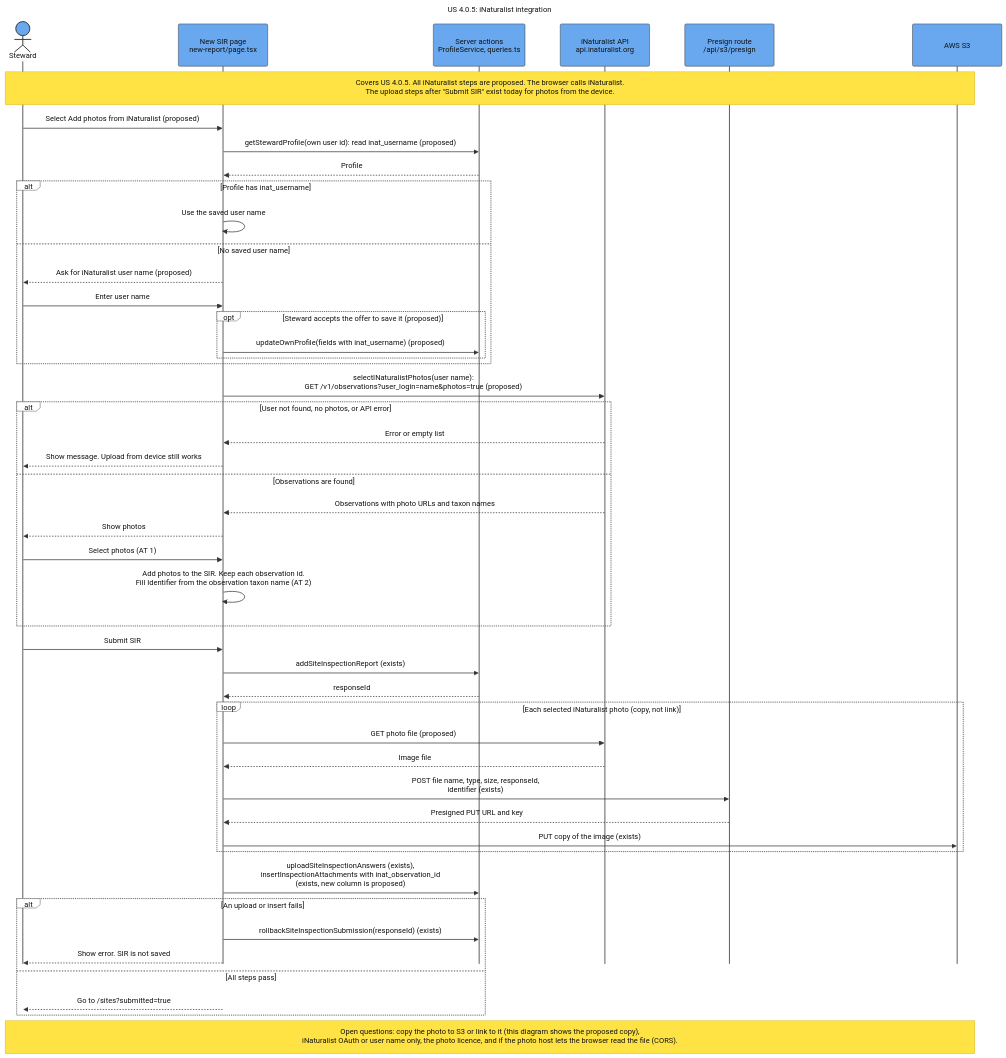
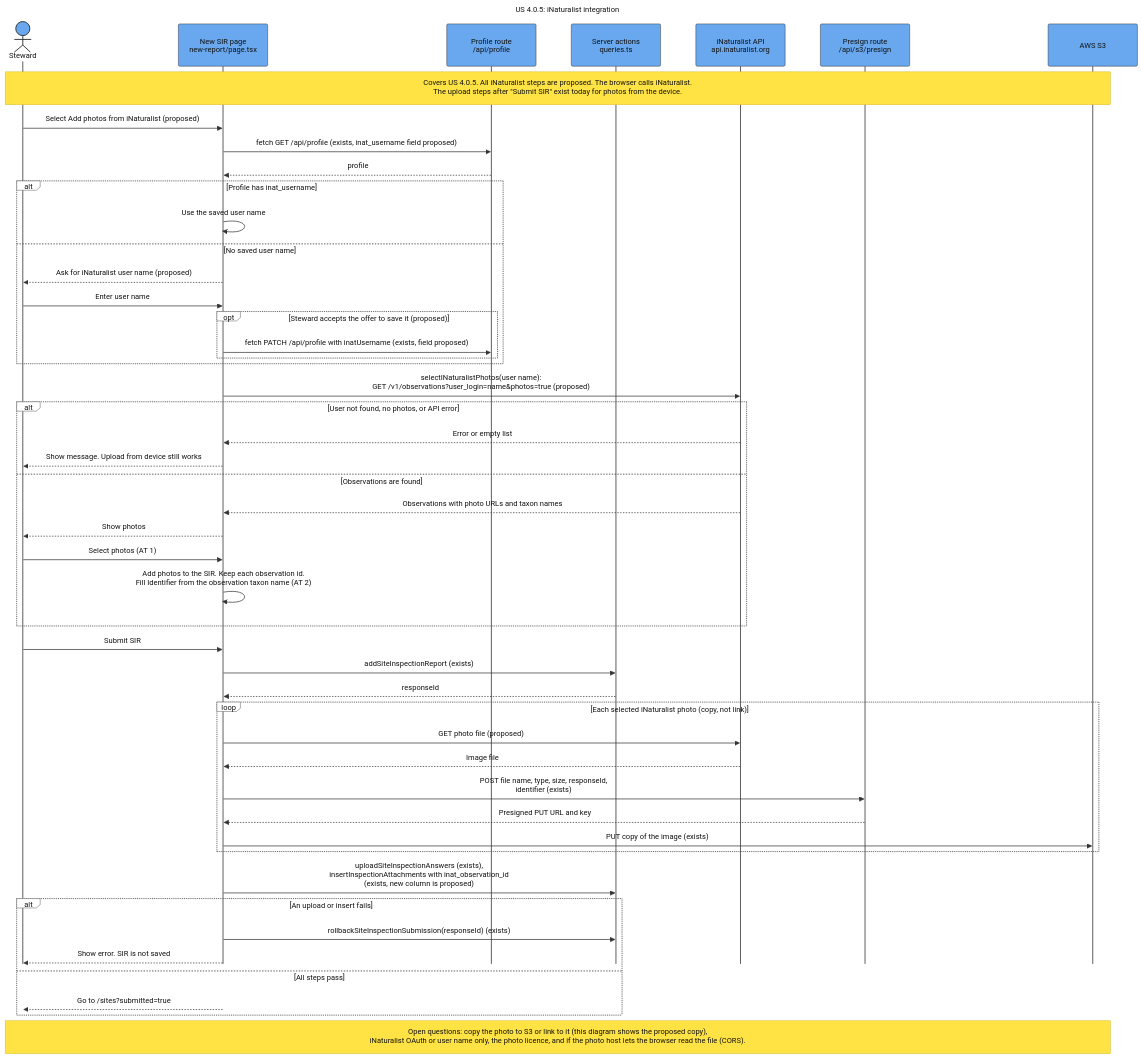
Before and after one commit to SAPAA-Dev/W26Project-SAPAA-Dev-Team: the diagram in docs/assets/Sequence_US_4_0_5_iNaturalist_Photo_Import.mmd, drawn with Mermaid. The commit also changed 63 other files, not shown here.

First line of the commit message:
(feat): add diagram generator that updates diagrams on every PR (#157)

```diff
--- a/docs/assets/Sequence_US_4_0_5_iNaturalist_Photo_Import.mmd
+++ b/docs/assets/Sequence_US_4_0_5_iNaturalist_Photo_Import.mmd
@@ -1,94 +1,95 @@
 ---
 title: "US 4.0.5: iNaturalist integration"
 config:
   theme: base
   sequence:
     actorMargin: 75
     boxMargin: 12
     diagramMarginX: 45
     diagramMarginY: 30
     messageMargin: 40
     noteMargin: 16
     mirrorActors: false
     width: 190
     height: 90
   themeVariables:
     background: "#ffffff"
     primaryColor: "#69a8ef"
     primaryBorderColor: "#333333"
     primaryTextColor: "#111111"
     actorBkg: "#69a8ef"
     actorBorder: "#333333"
     actorTextColor: "#111111"
     actorLineColor: "#555555"
     signalColor: "#333333"
     signalTextColor: "#111111"
     activationBkgColor: "#cdd3db"
     activationBorderColor: "#cdd3db"
     noteBkgColor: "#ffe344"
     noteBorderColor: "#d4ba24"
     noteTextColor: "#111111"
     labelBoxBkgColor: "#ffffff"
     labelBoxBorderColor: "#555555"
     labelTextColor: "#111111"
     loopTextColor: "#111111"
     altBackground: "#ffffff"
   themeCSS: |
     .actor-line {
       stroke-dasharray: 10 10 !important;
       stroke-width: 1.25px !important;
     }
 ---
 sequenceDiagram
     autonumber off
     actor Steward
     participant Form as New SIR page<br/>new-report/page.tsx
-    participant Actions as Server actions<br/>ProfileService, queries.ts
+    participant Profile as Profile route<br/>/api/profile
+    participant Actions as Server actions<br/>queries.ts
     participant INat as iNaturalist API<br/>api.inaturalist.org
     participant Presign as Presign route<br/>/api/s3/presign
     participant S3 as AWS S3
 
     Note over Steward,S3: Covers US 4.0.5. All iNaturalist steps are proposed. The browser calls iNaturalist.<br/>The upload steps after "Submit SIR" exist today for photos from the device.
 
     Steward->>Form: Select Add photos from iNaturalist (proposed)
-    Form->>Actions: getStewardProfile(own user id): read inat_username (proposed)
-    Actions-->>Form: Profile
+    Form->>Profile: fetch GET /api/profile (exists, inat_username field proposed)
+    Profile-->>Form: profile
     alt Profile has inat_username
         Form->>Form: Use the saved user name
     else No saved user name
         Form-->>Steward: Ask for iNaturalist user name (proposed)
         Steward->>Form: Enter user name
         opt Steward accepts the offer to save it (proposed)
-            Form->>Actions: updateOwnProfile(fields with inat_username) (proposed)
+            Form->>Profile: fetch PATCH /api/profile with inatUsername (exists, field proposed)
         end
     end
     Form->>INat: selectINaturalistPhotos(user name):<br/>GET /v1/observations?user_login=name&photos=true (proposed)
     alt User not found, no photos, or API error
         INat-->>Form: Error or empty list
         Form-->>Steward: Show message. Upload from device still works
     else Observations are found
         INat-->>Form: Observations with photo URLs and taxon names
         Form-->>Steward: Show photos
         Steward->>Form: Select photos (AT 1)
         Form->>Form: Add photos to the SIR. Keep each observation id.<br/>Fill Identifier from the observation taxon name (AT 2)
     end
 
     Steward->>Form: Submit SIR
     Form->>Actions: addSiteInspectionReport (exists)
     Actions-->>Form: responseId
     loop Each selected iNaturalist photo (copy, not link)
         Form->>INat: GET photo file (proposed)
         INat-->>Form: Image file
         Form->>Presign: POST file name, type, size, responseId,<br/>identifier (exists)
         Presign-->>Form: Presigned PUT URL and key
         Form->>S3: PUT copy of the image (exists)
     end
     Form->>Actions: uploadSiteInspectionAnswers (exists),<br/>insertInspectionAttachments with inat_observation_id<br/>(exists, new column is proposed)
     alt An upload or insert fails
         Form->>Actions: rollbackSiteInspectionSubmission(responseId) (exists)
         Form-->>Steward: Show error. SIR is not saved
     else All steps pass
         Form-->>Steward: Go to /sites?submitted=true
     end
 
     Note over Steward,S3: Open questions: copy the photo to S3 or link to it (this diagram shows the proposed copy),<br/>iNaturalist OAuth or user name only, the photo licence, and if the photo host lets the browser read the file (CORS).
```
